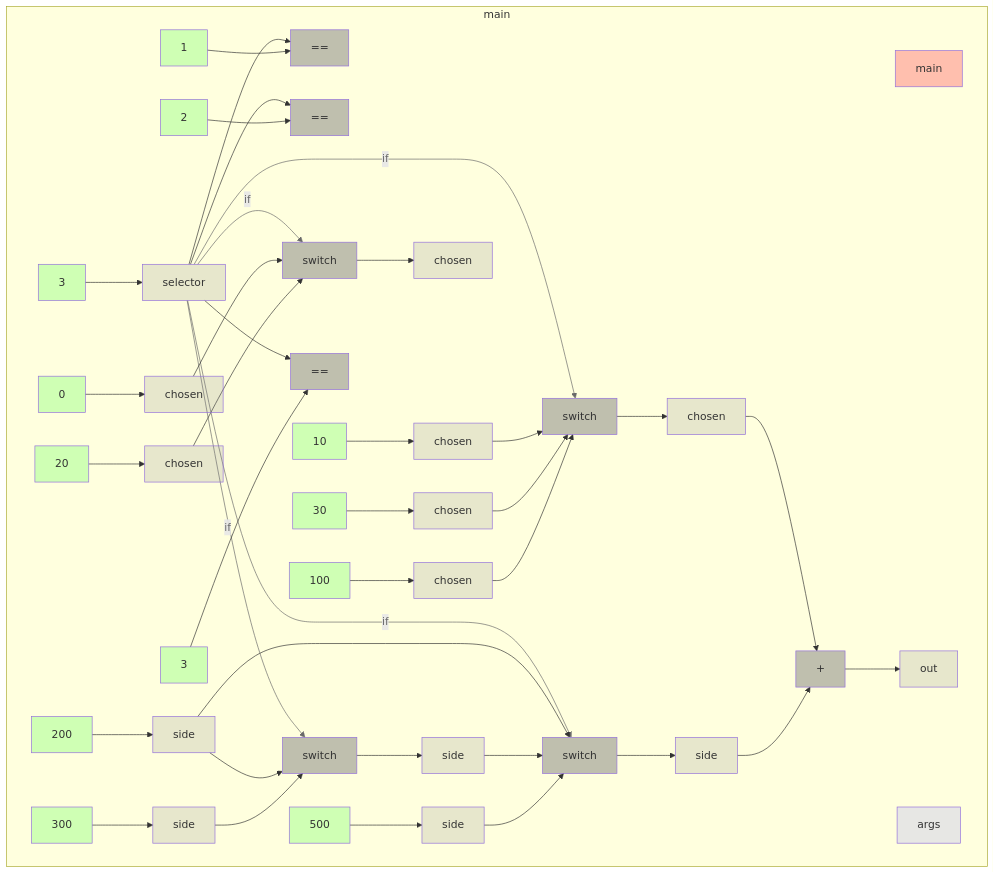
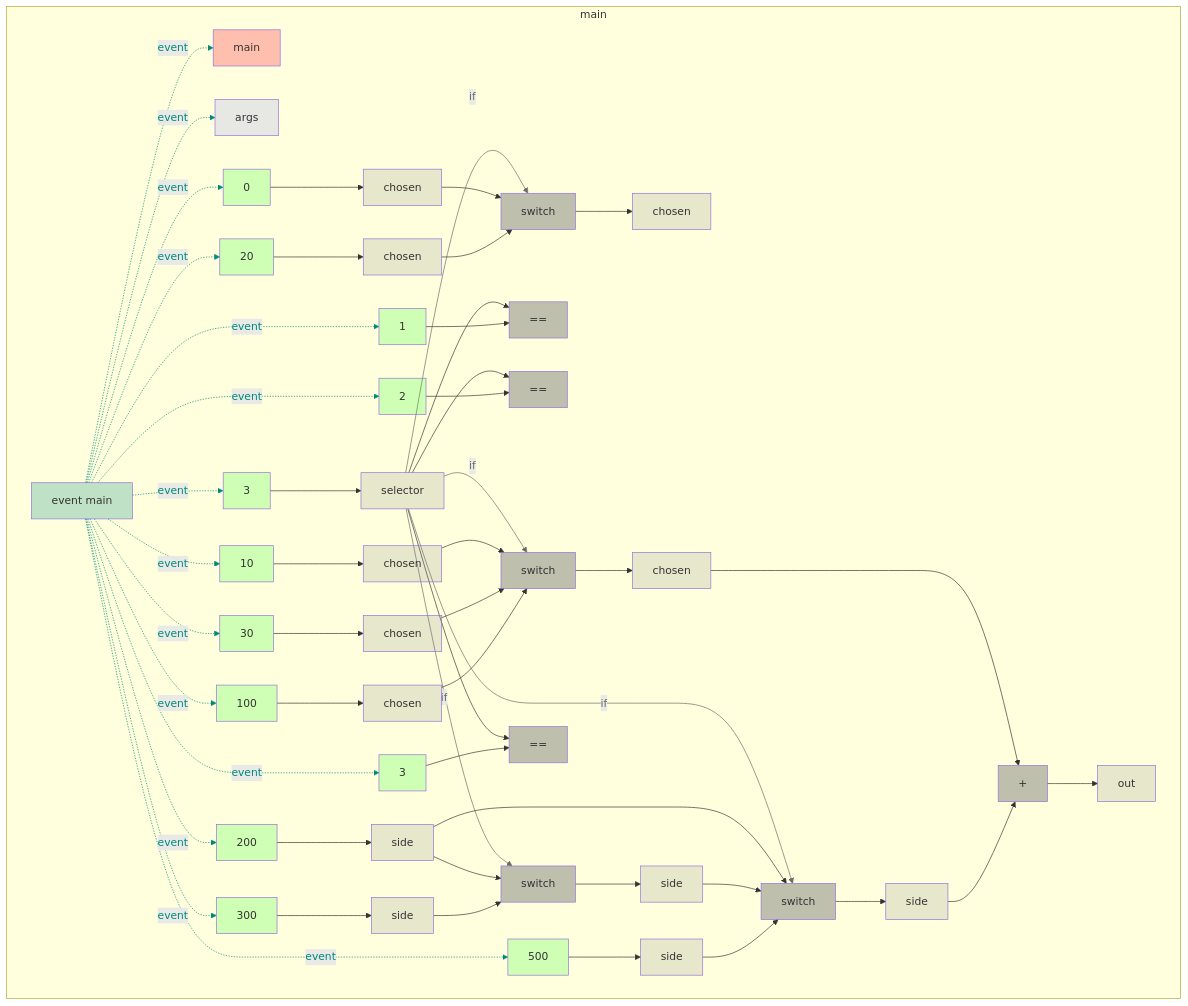
One commit to gstiebler/codeflow changed the diagram in app/src/test/resources/switchStatement/snapshot.md. Above: the diagram before and after it, drawn with Mermaid. The commit also changed 77 other files, not shown here.

````diff
--- a/app/src/test/resources/switchStatement/snapshot.md
+++ b/app/src/test/resources/switchStatement/snapshot.md
@@ -1,83 +1,112 @@
 ```mermaid
 flowchart TD
   subgraph b0["main"]
-    n1[main]:::RETURN
-    n2[args]:::FUNC_PARAM
-    n3[3]:::LITERAL
-    n4[selector]:::VARIABLE
-    n5[0]:::LITERAL
-    n6[chosen]:::VARIABLE
-    n7[200]:::LITERAL
-    n8[side]:::VARIABLE
-    n9[1]:::LITERAL
-    n10[==]:::BIN_OP
-    n11[10]:::LITERAL
-    n12[chosen]:::VARIABLE
-    n13[2]:::LITERAL
-    n14[==]:::BIN_OP
-    n15[20]:::LITERAL
-    n16[chosen]:::VARIABLE
-    n17[300]:::LITERAL
-    n18[side]:::VARIABLE
-    n19[switch]:::BIN_OP
-    n20[chosen]:::VARIABLE
-    n21[switch]:::BIN_OP
-    n22[side]:::VARIABLE
-    n23[3]:::LITERAL
-    n24[==]:::BIN_OP
-    n25[30]:::LITERAL
-    n26[chosen]:::VARIABLE
-    n27[100]:::LITERAL
-    n28[chosen]:::VARIABLE
-    n29[500]:::LITERAL
-    n30[side]:::VARIABLE
-    n31[switch]:::BIN_OP
-    n32[chosen]:::VARIABLE
-    n33[switch]:::BIN_OP
-    n34[side]:::VARIABLE
-    n35[+]:::BIN_OP
-    n36[out]:::VARIABLE
-    n3[3]:::LITERAL --> n4[selector]:::VARIABLE
-    n4[selector]:::VARIABLE --> n10[==]:::BIN_OP
-    n4[selector]:::VARIABLE --> n14[==]:::BIN_OP
-    n4[selector]:::VARIABLE -->|if| n19[switch]:::BIN_OP
-    n4[selector]:::VARIABLE -->|if| n21[switch]:::BIN_OP
-    n4[selector]:::VARIABLE --> n24[==]:::BIN_OP
-    n4[selector]:::VARIABLE -->|if| n31[switch]:::BIN_OP
-    n4[selector]:::VARIABLE -->|if| n33[switch]:::BIN_OP
-    n5[0]:::LITERAL --> n6[chosen]:::VARIABLE
-    n6[chosen]:::VARIABLE --> n19[switch]:::BIN_OP
-    n7[200]:::LITERAL --> n8[side]:::VARIABLE
-    n8[side]:::VARIABLE --> n21[switch]:::BIN_OP
-    n8[side]:::VARIABLE --> n33[switch]:::BIN_OP
-    n9[1]:::LITERAL --> n10[==]:::BIN_OP
-    n11[10]:::LITERAL --> n12[chosen]:::VARIABLE
-    n12[chosen]:::VARIABLE --> n31[switch]:::BIN_OP
-    n13[2]:::LITERAL --> n14[==]:::BIN_OP
-    n15[20]:::LITERAL --> n16[chosen]:::VARIABLE
-    n16[chosen]:::VARIABLE --> n19[switch]:::BIN_OP
-    n17[300]:::LITERAL --> n18[side]:::VARIABLE
-    n18[side]:::VARIABLE --> n21[switch]:::BIN_OP
-    n19[switch]:::BIN_OP --> n20[chosen]:::VARIABLE
-    n21[switch]:::BIN_OP --> n22[side]:::VARIABLE
-    n22[side]:::VARIABLE --> n33[switch]:::BIN_OP
-    n23[3]:::LITERAL --> n24[==]:::BIN_OP
-    n25[30]:::LITERAL --> n26[chosen]:::VARIABLE
-    n26[chosen]:::VARIABLE --> n31[switch]:::BIN_OP
-    n27[100]:::LITERAL --> n28[chosen]:::VARIABLE
-    n28[chosen]:::VARIABLE --> n31[switch]:::BIN_OP
-    n29[500]:::LITERAL --> n30[side]:::VARIABLE
-    n30[side]:::VARIABLE --> n33[switch]:::BIN_OP
-    n31[switch]:::BIN_OP --> n32[chosen]:::VARIABLE
-    n32[chosen]:::VARIABLE --> n35[+]:::BIN_OP
-    n33[switch]:::BIN_OP --> n34[side]:::VARIABLE
-    n34[side]:::VARIABLE --> n35[+]:::BIN_OP
-    n35[+]:::BIN_OP --> n36[out]:::VARIABLE
+    n1[event main]:::EVENT
+    n2[main]:::RETURN
+    n3[args]:::FUNC_PARAM
+    n4[3]:::LITERAL
+    n5[selector]:::VARIABLE
+    n6[0]:::LITERAL
+    n7[chosen]:::VARIABLE
+    n8[200]:::LITERAL
+    n9[side]:::VARIABLE
+    n10[1]:::LITERAL
+    n11[==]:::BIN_OP
+    n12[10]:::LITERAL
+    n13[chosen]:::VARIABLE
+    n14[2]:::LITERAL
+    n15[==]:::BIN_OP
+    n16[20]:::LITERAL
+    n17[chosen]:::VARIABLE
+    n18[300]:::LITERAL
+    n19[side]:::VARIABLE
+    n20[switch]:::BIN_OP
+    n21[chosen]:::VARIABLE
+    n22[switch]:::BIN_OP
+    n23[side]:::VARIABLE
+    n24[3]:::LITERAL
+    n25[==]:::BIN_OP
+    n26[30]:::LITERAL
+    n27[chosen]:::VARIABLE
+    n28[100]:::LITERAL
+    n29[chosen]:::VARIABLE
+    n30[500]:::LITERAL
+    n31[side]:::VARIABLE
+    n32[switch]:::BIN_OP
+    n33[chosen]:::VARIABLE
+    n34[switch]:::BIN_OP
+    n35[side]:::VARIABLE
+    n36[+]:::BIN_OP
+    n37[out]:::VARIABLE
+    n1[event main]:::EVENT -. event .-> n2[main]:::RETURN
+    n1[event main]:::EVENT -. event .-> n3[args]:::FUNC_PARAM
+    n1[event main]:::EVENT -. event .-> n4[3]:::LITERAL
+    n1[event main]:::EVENT -. event .-> n6[0]:::LITERAL
+    n1[event main]:::EVENT -. event .-> n8[200]:::LITERAL
+    n1[event main]:::EVENT -. event .-> n10[1]:::LITERAL
+    n1[event main]:::EVENT -. event .-> n12[10]:::LITERAL
+    n1[event main]:::EVENT -. event .-> n14[2]:::LITERAL
+    n1[event main]:::EVENT -. event .-> n16[20]:::LITERAL
+    n1[event main]:::EVENT -. event .-> n18[300]:::LITERAL
+    n1[event main]:::EVENT -. event .-> n24[3]:::LITERAL
+    n1[event main]:::EVENT -. event .-> n26[30]:::LITERAL
+    n1[event main]:::EVENT -. event .-> n28[100]:::LITERAL
+    n1[event main]:::EVENT -. event .-> n30[500]:::LITERAL
+    n4[3]:::LITERAL --> n5[selector]:::VARIABLE
+    n5[selector]:::VARIABLE --> n11[==]:::BIN_OP
+    n5[selector]:::VARIABLE --> n15[==]:::BIN_OP
+    n5[selector]:::VARIABLE -->|if| n20[switch]:::BIN_OP
+    n5[selector]:::VARIABLE -->|if| n22[switch]:::BIN_OP
+    n5[selector]:::VARIABLE --> n25[==]:::BIN_OP
+    n5[selector]:::VARIABLE -->|if| n32[switch]:::BIN_OP
+    n5[selector]:::VARIABLE -->|if| n34[switch]:::BIN_OP
+    n6[0]:::LITERAL --> n7[chosen]:::VARIABLE
+    n7[chosen]:::VARIABLE --> n20[switch]:::BIN_OP
+    n8[200]:::LITERAL --> n9[side]:::VARIABLE
+    n9[side]:::VARIABLE --> n22[switch]:::BIN_OP
+    n9[side]:::VARIABLE --> n34[switch]:::BIN_OP
+    n10[1]:::LITERAL --> n11[==]:::BIN_OP
+    n12[10]:::LITERAL --> n13[chosen]:::VARIABLE
+    n13[chosen]:::VARIABLE --> n32[switch]:::BIN_OP
+    n14[2]:::LITERAL --> n15[==]:::BIN_OP
+    n16[20]:::LITERAL --> n17[chosen]:::VARIABLE
+    n17[chosen]:::VARIABLE --> n20[switch]:::BIN_OP
+    n18[300]:::LITERAL --> n19[side]:::VARIABLE
+    n19[side]:::VARIABLE --> n22[switch]:::BIN_OP
+    n20[switch]:::BIN_OP --> n21[chosen]:::VARIABLE
+    n22[switch]:::BIN_OP --> n23[side]:::VARIABLE
+    n23[side]:::VARIABLE --> n34[switch]:::BIN_OP
+    n24[3]:::LITERAL --> n25[==]:::BIN_OP
+    n26[30]:::LITERAL --> n27[chosen]:::VARIABLE
+    n27[chosen]:::VARIABLE --> n32[switch]:::BIN_OP
+    n28[100]:::LITERAL --> n29[chosen]:::VARIABLE
+    n29[chosen]:::VARIABLE --> n32[switch]:::BIN_OP
+    n30[500]:::LITERAL --> n31[side]:::VARIABLE
+    n31[side]:::VARIABLE --> n34[switch]:::BIN_OP
+    n32[switch]:::BIN_OP --> n33[chosen]:::VARIABLE
+    n33[chosen]:::VARIABLE --> n36[+]:::BIN_OP
+    n34[switch]:::BIN_OP --> n35[side]:::VARIABLE
+    n35[side]:::VARIABLE --> n36[+]:::BIN_OP
+    n36[+]:::BIN_OP --> n37[out]:::VARIABLE
   end
-  linkStyle 3 stroke:#6a6a6a,color:#6a6a6a
-  linkStyle 4 stroke:#6a6a6a,color:#6a6a6a
-  linkStyle 6 stroke:#6a6a6a,color:#6a6a6a
-  linkStyle 7 stroke:#6a6a6a,color:#6a6a6a
+  linkStyle 0 stroke:#00897b,color:#00897b
+  linkStyle 1 stroke:#00897b,color:#00897b
+  linkStyle 2 stroke:#00897b,color:#00897b
+  linkStyle 3 stroke:#00897b,color:#00897b
+  linkStyle 4 stroke:#00897b,color:#00897b
+  linkStyle 5 stroke:#00897b,color:#00897b
+  linkStyle 6 stroke:#00897b,color:#00897b
+  linkStyle 7 stroke:#00897b,color:#00897b
+  linkStyle 8 stroke:#00897b,color:#00897b
+  linkStyle 9 stroke:#00897b,color:#00897b
+  linkStyle 10 stroke:#00897b,color:#00897b
+  linkStyle 11 stroke:#00897b,color:#00897b
+  linkStyle 12 stroke:#00897b,color:#00897b
+  linkStyle 13 stroke:#00897b,color:#00897b
+  linkStyle 17 stroke:#6a6a6a,color:#6a6a6a
+  linkStyle 18 stroke:#6a6a6a,color:#6a6a6a
+  linkStyle 20 stroke:#6a6a6a,color:#6a6a6a
+  linkStyle 21 stroke:#6a6a6a,color:#6a6a6a
   classDef LITERAL fill:#00FF0030
   classDef VARIABLE fill:#80808030
   classDef BIN_OP fill:#80808080
@@ -85,4 +114,5 @@
   classDef RETURN fill:#FF808080
   classDef EXTERNAL fill:#FFA50040
   classDef UNMODELLED fill:#FF000030,stroke-dasharray: 4 2
+  classDef EVENT fill:#00897B40
 ```
````
